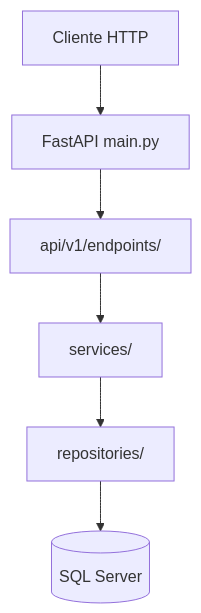
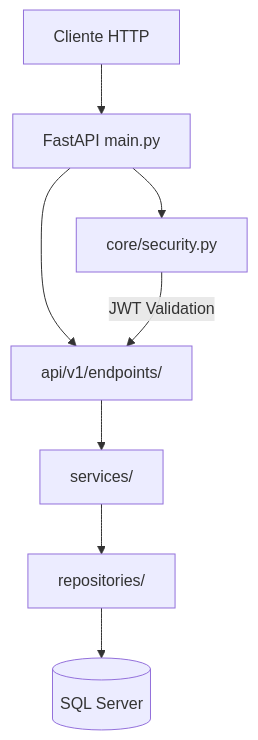
The first of 3 diagrams in ARCHITECTURE.md (bgacitua/dashboard-licencias), drawn with Mermaid before and after one commit. The commit also changed other lines of this file and 1 other file, not shown here.

````diff
--- a/ARCHITECTURE.md
+++ b/ARCHITECTURE.md
@@ -44,8 +102,11 @@
 ```mermaid
 flowchart TD
     A[Cliente HTTP] --> B[FastAPI main.py]
     B --> C[api/v1/endpoints/]
     C --> D[services/]
     D --> E[repositories/]
     E --> F[(SQL Server)]
+
+    B --> G[core/security.py]
+    G --> |JWT Validation| C
 ```
````
